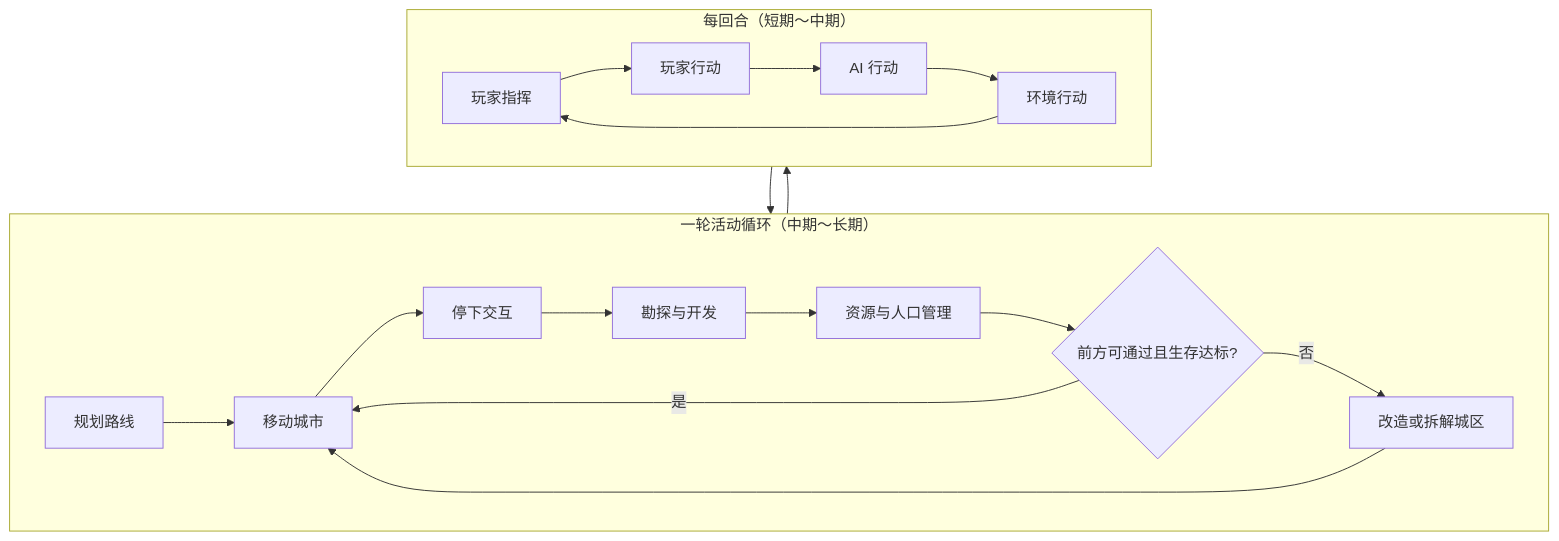
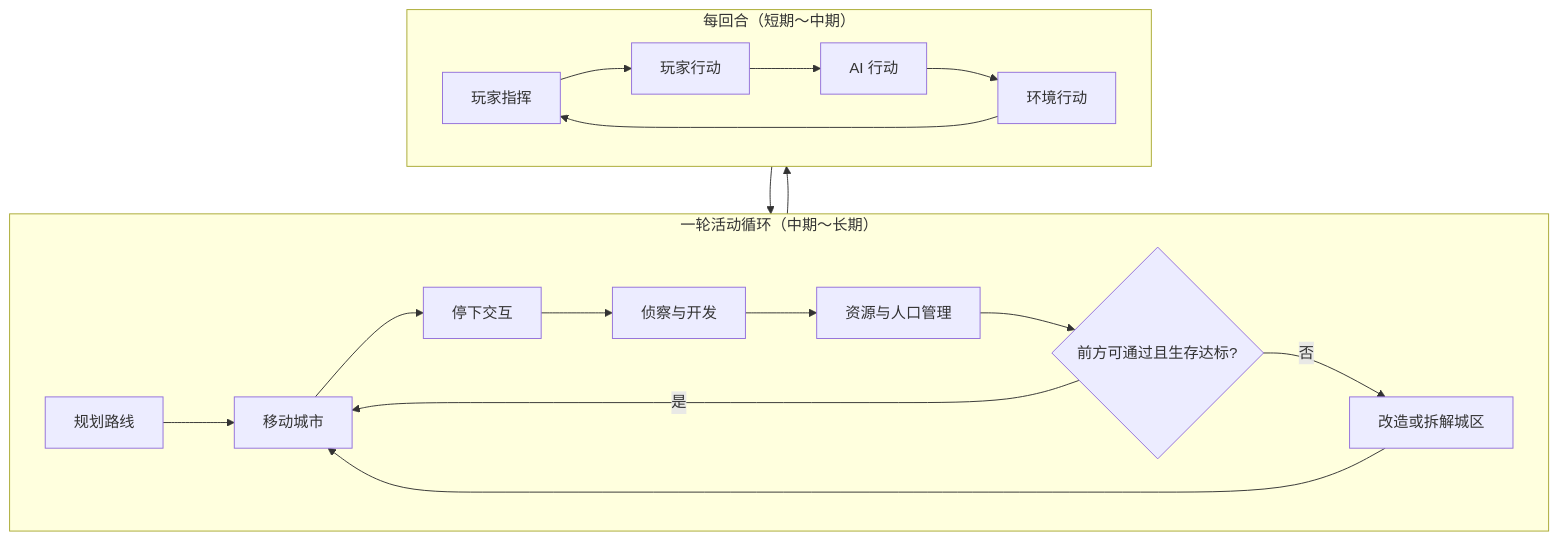
One commit to Estrella6066773/DriveToLight changed the fourth of 4 diagrams in Docs/02-系统设计/07-玩法循环/核心循环.md. Above: the diagram before and after it, drawn with Mermaid. The commit also changed other lines of this file and 46 other files, not shown here.

````diff
--- a/Docs/02-系统设计/07-玩法循环/核心循环.md
+++ b/Docs/02-系统设计/07-玩法循环/核心循环.md
@@ -205,21 +205,21 @@
 ```mermaid
 flowchart TB
     subgraph 一轮["一轮活动循环（中期～长期）"]
         P[规划路线] --> MV[移动城市]
         MV --> ST[停下交互]
-        ST --> EX[勘探与开发]
+        ST --> EX[侦察与开发]
         EX --> RS[资源与人口管理]
         RS --> OK{前方可通过且生存达标?}
         OK -->|是| MV
         OK -->|否| MD[改造或拆解城区]
         MD --> MV
     end
     subgraph 每回合["每回合（短期～中期）"]
         T1[玩家指挥] --> T2[玩家行动]
         T2 --> T3[AI 行动]
         T3 --> T4[环境行动]
         T4 --> T1
     end
     一轮 --> 每回合
     每回合 --> 一轮
 ```
````
